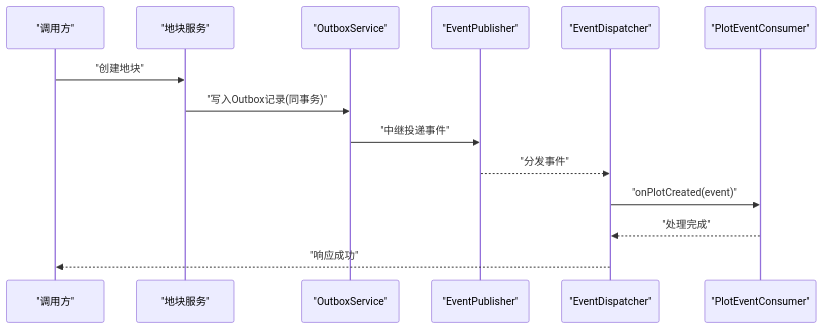
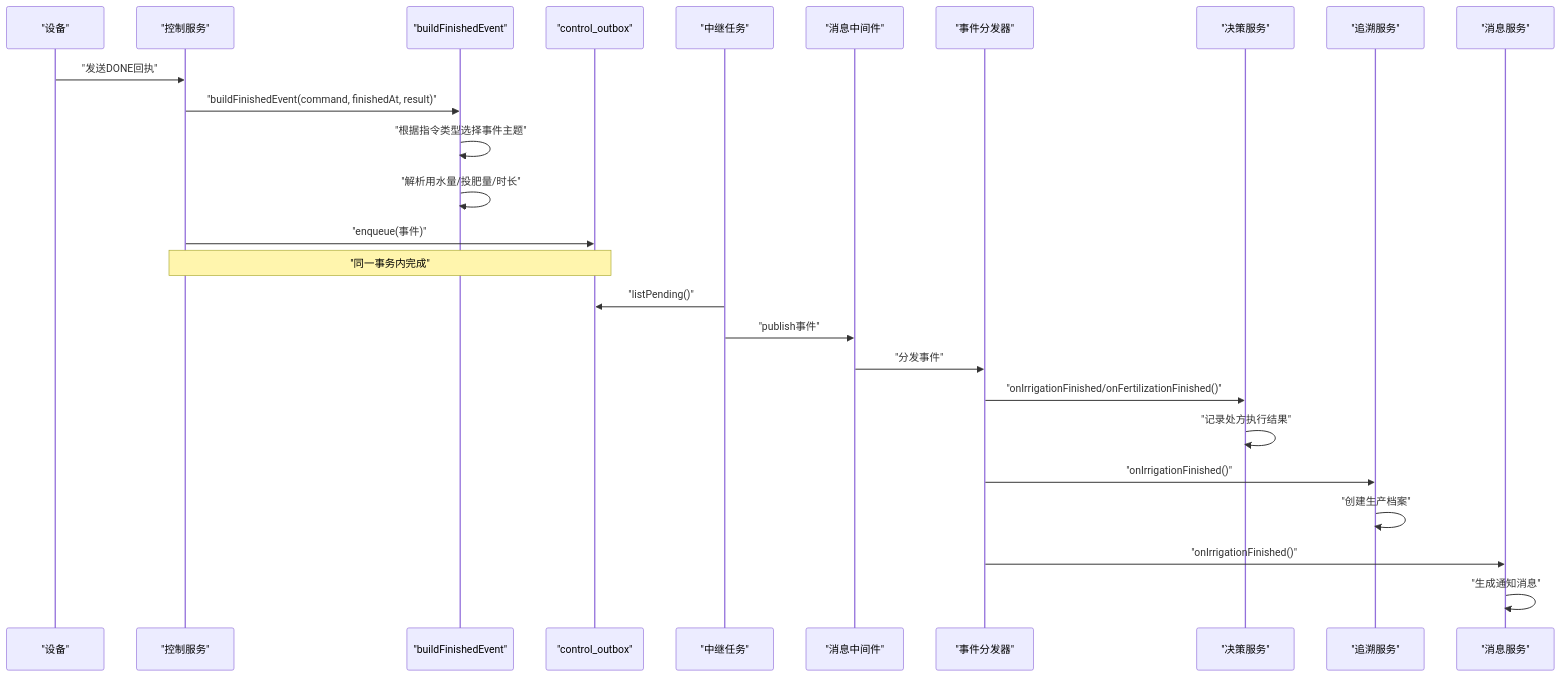
Before and after one commit to q446328246/agri-platform: diagram 18 of 20 in .qoder/repowiki/zh/content/架构设计/事件驱动架构/事件驱动架构.md, drawn with Mermaid. The commit also changed other lines of this file and 35 other files, not shown here.

````diff
--- a/.qoder/repowiki/zh/content/架构设计/事件驱动架构/事件驱动架构.md
+++ b/.qoder/repowiki/zh/content/架构设计/事件驱动架构/事件驱动架构.md
@@ -525,16 +684,28 @@
 ```mermaid
 sequenceDiagram
-participant Client as "调用方"
-participant PlotSvc as "地块服务"
-participant Outbox as "OutboxService"
-participant Pub as "EventPublisher"
-participant Disp as "EventDispatcher"
-participant Cons as "PlotEventConsumer"
-Client->>PlotSvc : "创建地块"
-PlotSvc->>Outbox : "写入Outbox记录(同事务)"
-Outbox->>Pub : "中继投递事件"
-Pub-->>Disp : "分发事件"
-Disp->>Cons : "onPlotCreated(event)"
-Cons-->>Disp : "处理完成"
-Disp-->>Client : "响应成功"
+participant Device as "设备"
+participant Control as "控制服务"
+participant Builder as "buildFinishedEvent"
+participant Outbox as "control_outbox"
+participant Relay as "中继任务"
+participant Broker as "消息中间件"
+participant Dispatcher as "事件分发器"
+participant Decision as "决策服务"
+participant Trace as "追溯服务"
+participant Message as "消息服务"
+Device->>Control : "发送DONE回执"
+Control->>Builder : "buildFinishedEvent(command, finishedAt, result)"
+Builder->>Builder : "根据指令类型选择事件主题"
+Builder->>Builder : "解析用水量/投肥量/时长"
+Control->>Outbox : "enqueue(事件)"
+Note over Control,Outbox : "同一事务内完成"
+Relay->>Outbox : "listPending()"
+Relay->>Broker : "publish事件"
+Broker->>Dispatcher : "分发事件"
+Dispatcher->>Decision : "onIrrigationFinished/onFertilizationFinished()"
+Decision->>Decision : "记录处方执行结果"
+Dispatcher->>Trace : "onIrrigationFinished()"
+Trace->>Trace : "创建生产档案"
+Dispatcher->>Message : "onIrrigationFinished()"
+Message->>Message : "生成通知消息"
 ```
````
